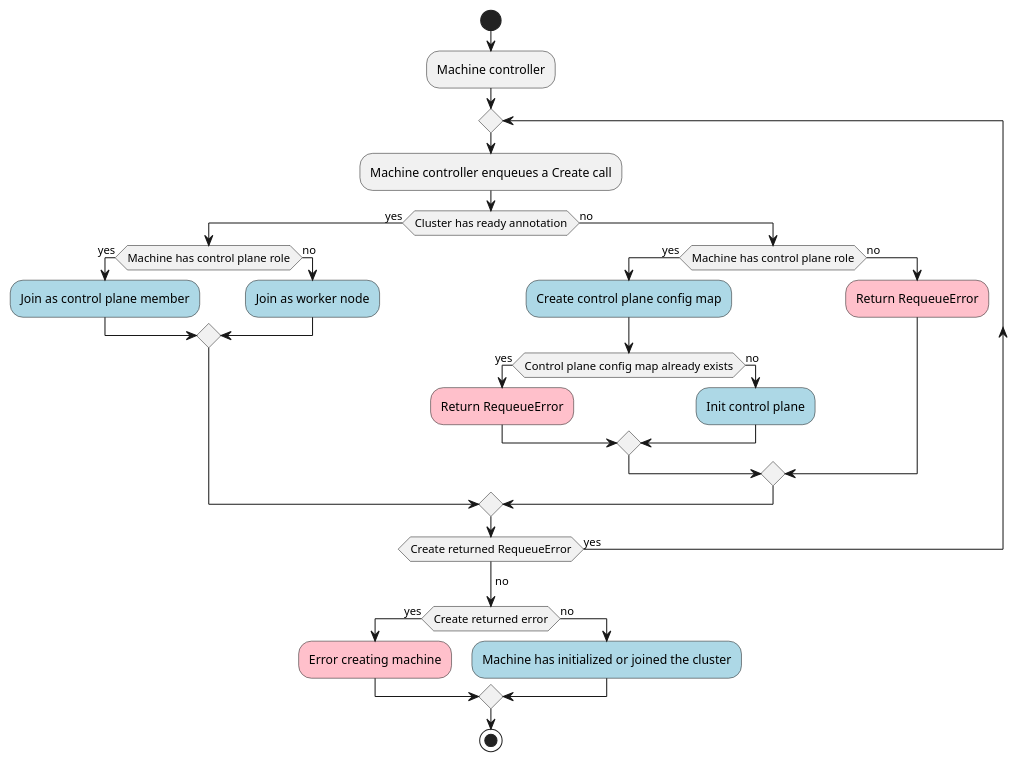
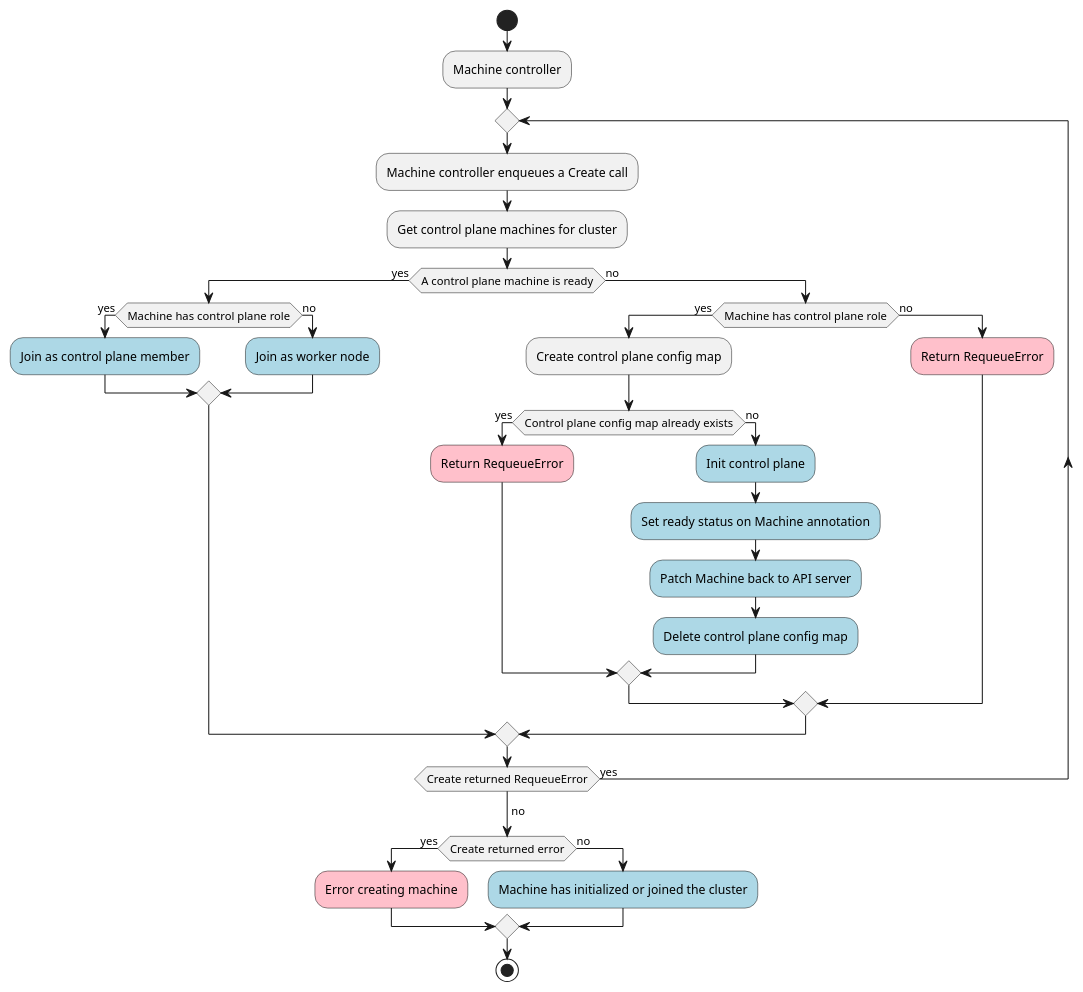
The diagram in docs/design/cluster-admission-machine-controller.puml (moshloop/cluster-api-provider-vsphere), drawn with PlantUML before and after one commit. The commit also changed 3 other files, not shown here.

First line of the commit message:
Updated admission diagrams

```diff
--- a/docs/design/cluster-admission-machine-controller.puml
+++ b/docs/design/cluster-admission-machine-controller.puml
@@ -1,35 +1,39 @@
 @startuml cluster-admission-machine-controller
 
 start;
 :Machine controller;
 
 repeat
   :Machine controller enqueues a Create call;
-  if (Cluster has ready annotation) then (yes)
+  :Get control plane machines for cluster;
+  if (A control plane machine is ready) then (yes)
     if (Machine has control plane role) then (yes)
       #LightBlue:Join as control plane member;
     else (no)
       #LightBlue:Join as worker node;
     endif
   else (no)
     if (Machine has control plane role) then (yes)
-      #LightBlue:Create control plane config map;
+      :Create control plane config map;
       if (Control plane config map already exists) then (yes)
         #Pink:Return RequeueError;
       else (no)
         #LightBlue:Init control plane;
+        #LightBlue:Set ready status on Machine annotation;
+        #LightBlue:Patch Machine back to API server;
+        #LightBlue:Delete control plane config map;
       endif
     else (no)
       #Pink:Return RequeueError;
     endif
   endif
 repeat while (Create returned RequeueError) is (yes)
 -> no;
 if (Create returned error) then (yes)
   #Pink:Error creating machine;
 else (no)
   #LightBlue:Machine has initialized or joined the cluster;
 endif
 stop;
 
 @enduml
```
